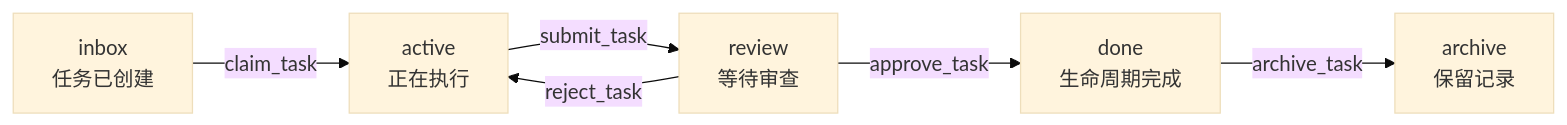
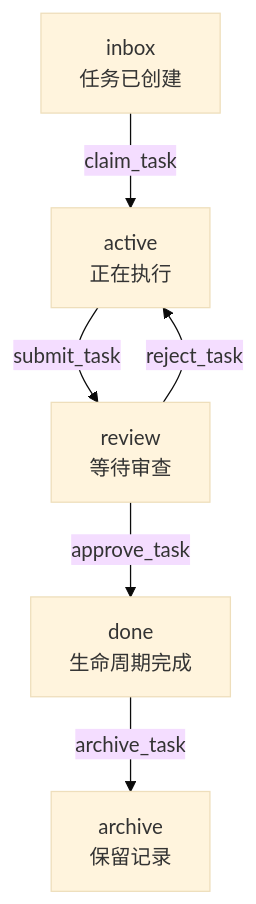
The diagram in README.zh.md (joinwell52-AI/FCoP), drawn with Mermaid (base theme) before and after one commit. The commit also changed 1 other file, not shown here.

Commit message:
docs: keep the handoff diagram legible at README width

````diff
--- a/README.zh.md
+++ b/README.zh.md
@@ -56,8 +56,8 @@
 ```mermaid
-flowchart LR
+flowchart TD
     I["inbox<br/>任务已创建"] -->|claim_task| A["active<br/>正在执行"]
     A -->|submit_task| R["review<br/>等待审查"]
     R -->|approve_task| D["done<br/>生命周期完成"]
     R -->|reject_task| A
     D -->|archive_task| H["archive<br/>保留记录"]
 ```
````
